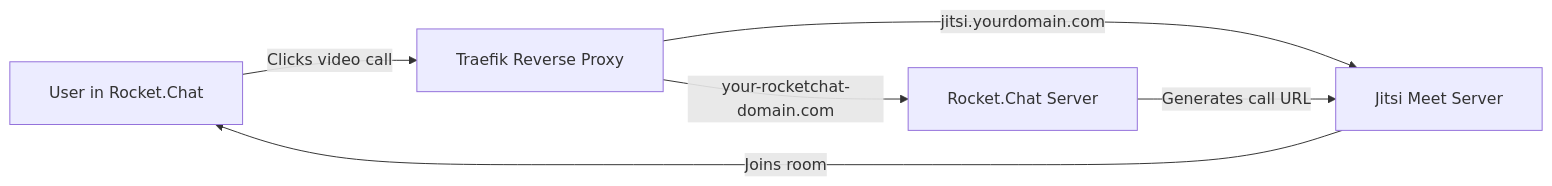
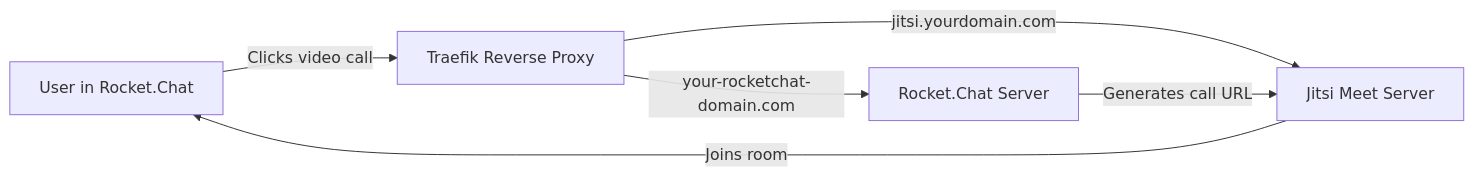
The diagram in content/docs/jitsi_rocket_chat_integration/index.md (Pouya-Shaterzadeh/Pouya-Shaterzadeh.github.io), drawn with Mermaid before and after one commit. The commit also changed 2 other files, not shown here.

Commit message:
feat: add Mermaid diagram support + clean up diagram syntax

````diff
--- a/content/docs/jitsi_rocket_chat_integration/index.md
+++ b/content/docs/jitsi_rocket_chat_integration/index.md
@@ -26,9 +26,8 @@
 ```mermaid
-%%{init: {'flowchart': {'useMaxWidth': true, 'htmlLabels': true, 'padding': 20}}}%%
 flowchart LR
     A[User in Rocket.Chat] -->|Clicks video call| B[Traefik Reverse Proxy]
     B -->|your-rocketchat-domain.com| C[Rocket.Chat Server]
     B -->|jitsi.yourdomain.com| D[Jitsi Meet Server]
     C -->|Generates call URL| D
     D -->|Joins room| A
 ```
````
